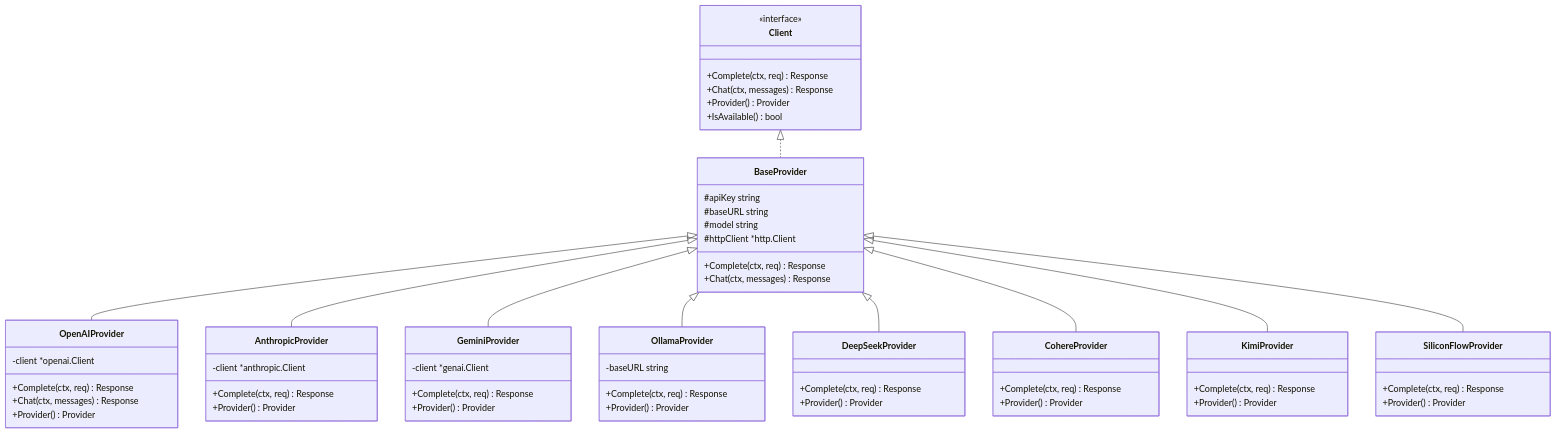
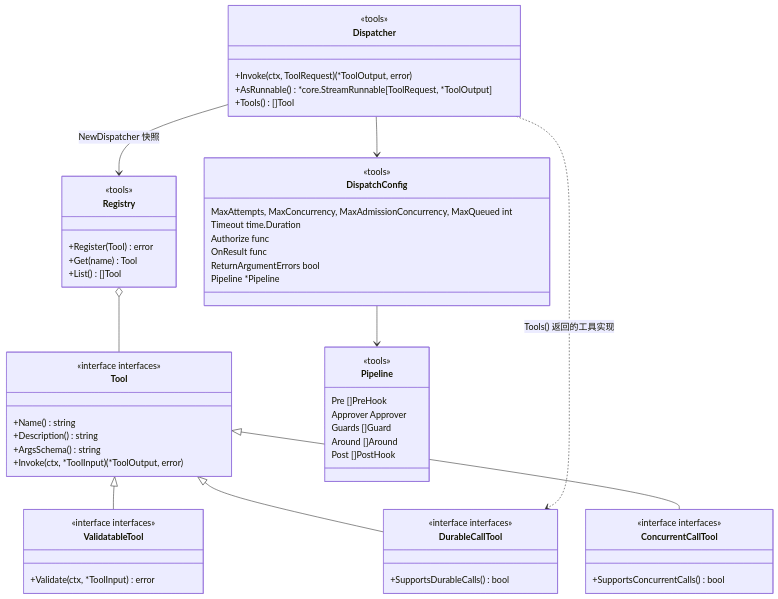
One commit to kart-io/goagent changed the third of 5 diagrams in docs/architecture/COMPONENT_DIAGRAM.md. Above: the diagram before and after it, drawn with Mermaid. The commit also changed other lines of this file and 87 other files, not shown here.

````diff
--- a/docs/architecture/COMPONENT_DIAGRAM.md
+++ b/docs/architecture/COMPONENT_DIAGRAM.md
@@ -336,74 +112,59 @@
 ```mermaid
 classDiagram
-    class Client {
-        <<interface>>
-        +Complete(ctx, req) Response
-        +Chat(ctx, messages) Response
-        +Provider() Provider
-        +IsAvailable() bool
+    class Tool {
+        <<interface interfaces>>
+        +Name() string
+        +Description() string
+        +ArgsSchema() string
+        +Invoke(ctx, *ToolInput) (*ToolOutput, error)
     }
-
-    class BaseProvider {
-        #apiKey string
-        #baseURL string
-        #model string
-        #httpClient *http.Client
-        +Complete(ctx, req) Response
-        +Chat(ctx, messages) Response
+    class ValidatableTool {
+        <<interface interfaces>>
+        +Validate(ctx, *ToolInput) error
     }
-
-    class OpenAIProvider {
-        -client *openai.Client
-        +Complete(ctx, req) Response
-        +Chat(ctx, messages) Response
-        +Provider() Provider
+    class DurableCallTool {
+        <<interface interfaces>>
+        +SupportsDurableCalls() bool
     }
-
-    class AnthropicProvider {
-        -client *anthropic.Client
-        +Complete(ctx, req) Response
-        +Provider() Provider
+    class ConcurrentCallTool {
+        <<interface interfaces>>
+        +SupportsConcurrentCalls() bool
     }
-
-    class GeminiProvider {
-        -client *genai.Client
-        +Complete(ctx, req) Response
-        +Provider() Provider
+    class Registry {
+        <<tools>>
+        +Register(Tool) error
+        +Get(name) Tool
+        +List() []Tool
     }
-
-    class OllamaProvider {
-        -baseURL string
-        +Complete(ctx, req) Response
-        +Provider() Provider
+    class Dispatcher {
+        <<tools>>
+        +Invoke(ctx, ToolRequest) (*ToolOutput, error)
+        +AsRunnable() *core.StreamRunnable[ToolRequest, *ToolOutput]
+        +Tools() []Tool
     }
-
-    class DeepSeekProvider {
-        +Complete(ctx, req) Response
-        +Provider() Provider
+    class DispatchConfig {
+        <<tools>>
+        MaxAttempts, MaxConcurrency, MaxAdmissionConcurrency, MaxQueued int
+        Timeout time.Duration
+        Authorize func
+        OnResult func
+        ReturnArgumentErrors bool
+        Pipeline *Pipeline
     }
-
-    class CohereProvider {
-        +Complete(ctx, req) Response
-        +Provider() Provider
+    class Pipeline {
+        <<tools>>
+        Pre []PreHook
+        Approver Approver
+        Guards []Guard
+        Around []Around
+        Post []PostHook
     }
-
-    class KimiProvider {
-        +Complete(ctx, req) Response
-        +Provider() Provider
-    }
-
-    class SiliconFlowProvider {
-        +Complete(ctx, req) Response
-        +Provider() Provider
-    }
-
-    Client <|.. BaseProvider
-    BaseProvider <|-- OpenAIProvider
-    BaseProvider <|-- AnthropicProvider
-    BaseProvider <|-- GeminiProvider
-    BaseProvider <|-- OllamaProvider
-    BaseProvider <|-- DeepSeekProvider
-    BaseProvider <|-- CohereProvider
-    BaseProvider <|-- KimiProvider
-    BaseProvider <|-- SiliconFlowProvider
+    Tool <|-- ValidatableTool
+    Tool <|-- DurableCallTool
+    Tool <|-- ConcurrentCallTool
+    Registry o-- Tool
+    Dispatcher --> Registry : NewDispatcher 快照
+    Dispatcher --> DispatchConfig
+    DispatchConfig --> Pipeline
+    Dispatcher ..> DurableCallTool : Tools() 返回的工具实现
 ```
````
